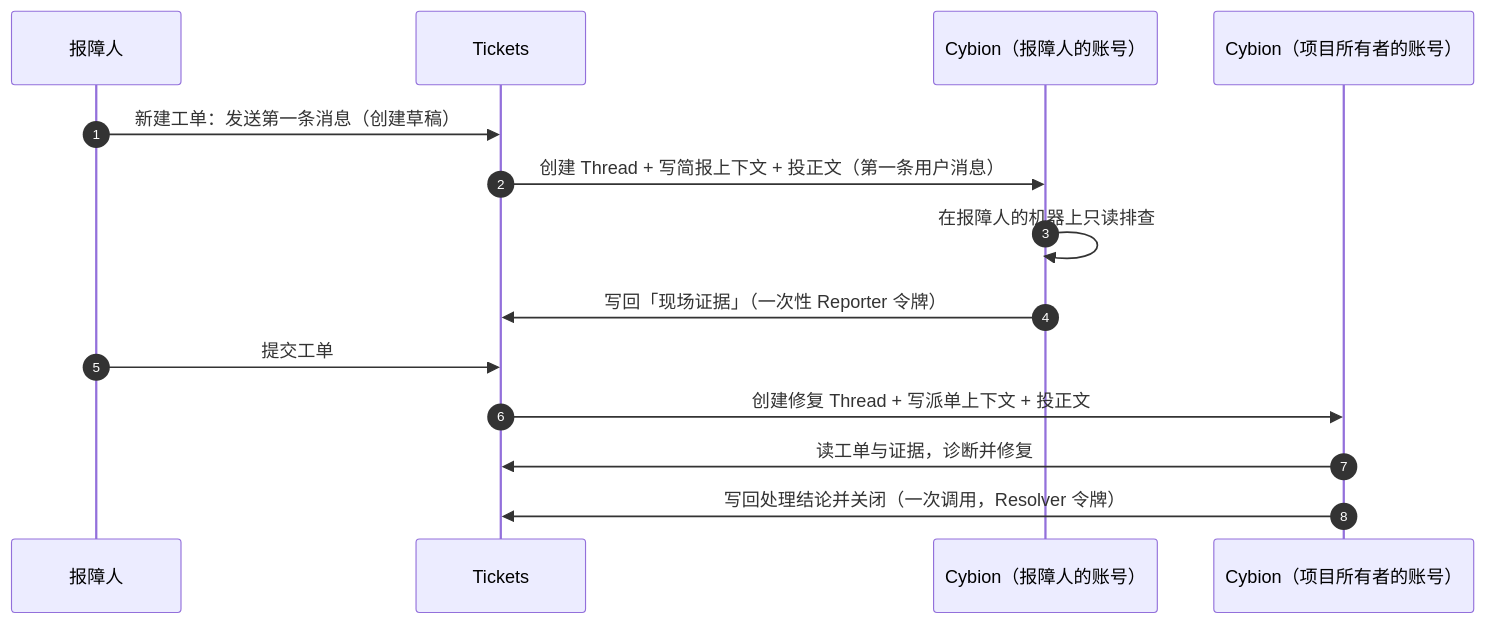
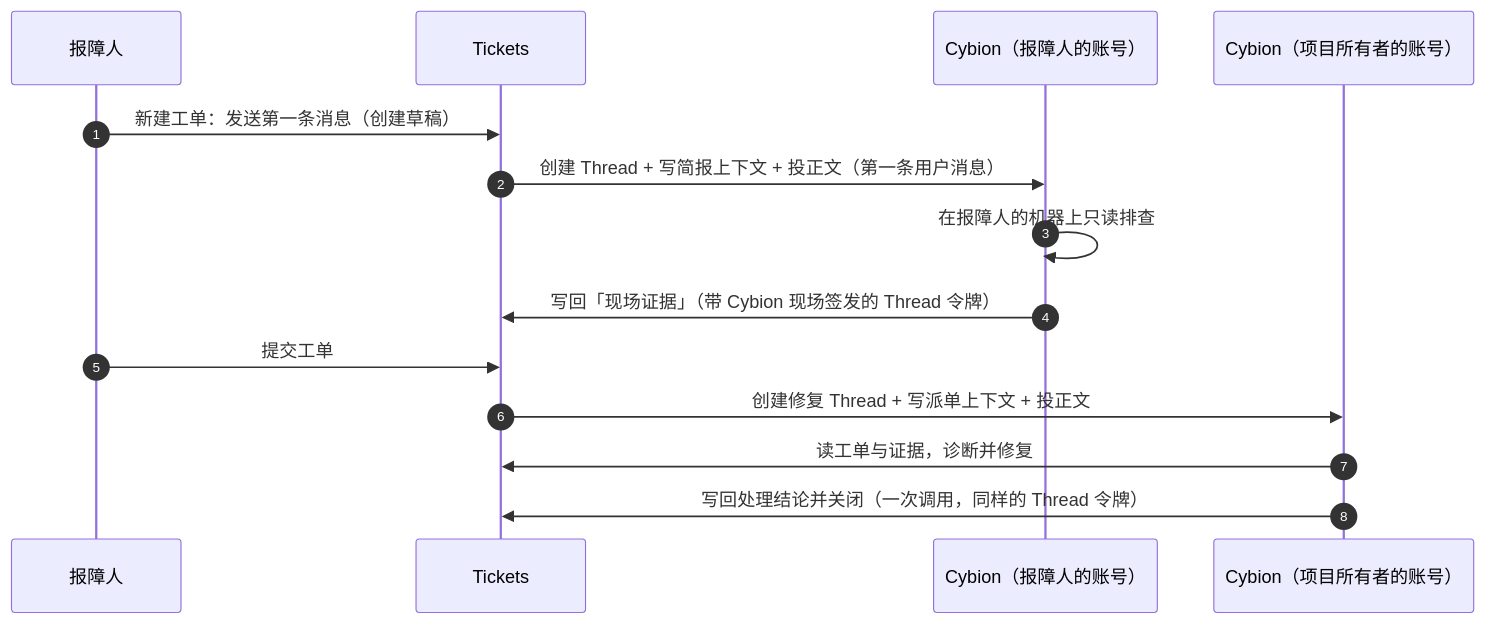
One commit to zccz14/tickets changed the first of 2 diagrams in README.md. Above: the diagram before and after it, drawn with Mermaid. The commit also changed other lines of this file and 16 other files, not shown here.

First line of the commit message:
♻️ Agent 令牌改用 Cybion 签发的 Thread 令牌，删掉自签的 tk_ (#26)

````diff
--- a/README.md
+++ b/README.md
@@ -13,17 +13,17 @@
 ```mermaid
 sequenceDiagram
     autonumber
     participant R as 报障人
     participant T as Tickets
     participant C as Cybion（报障人的账号）
     participant X as Cybion（项目所有者的账号）
 
     R->>T: 新建工单：发送第一条消息（创建草稿）
     T->>C: 创建 Thread + 写简报上下文 + 投正文（第一条用户消息）
     C->>C: 在报障人的机器上只读排查
-    C->>T: 写回「现场证据」（一次性 Reporter 令牌）
+    C->>T: 写回「现场证据」（带 Cybion 现场签发的 Thread 令牌）
     R->>T: 提交工单
     T->>X: 创建修复 Thread + 写派单上下文 + 投正文
     X->>T: 读工单与证据，诊断并修复
-    X->>T: 写回处理结论并关闭（一次调用，Resolver 令牌）
+    X->>T: 写回处理结论并关闭（一次调用，同样的 Thread 令牌）
 ```
````
